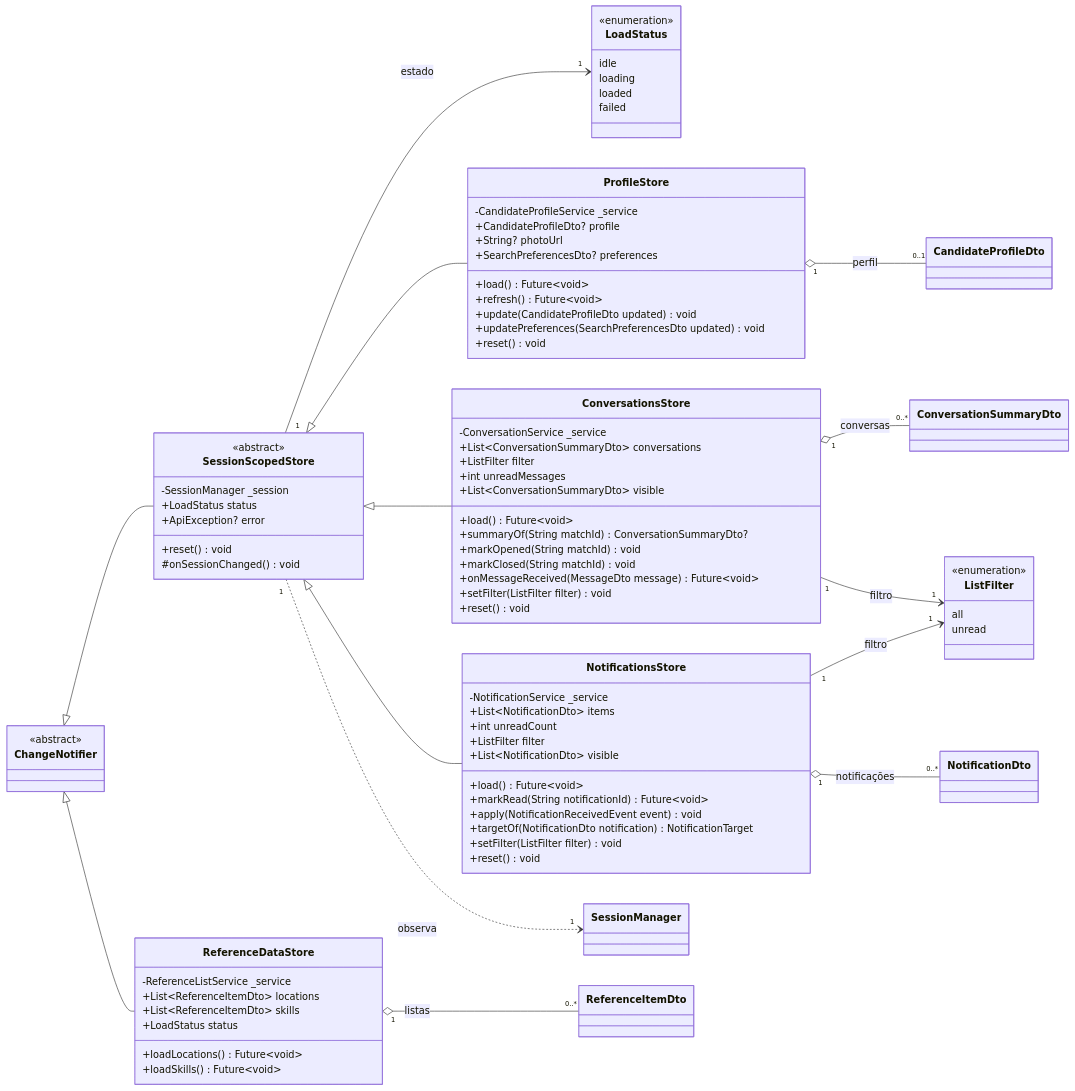
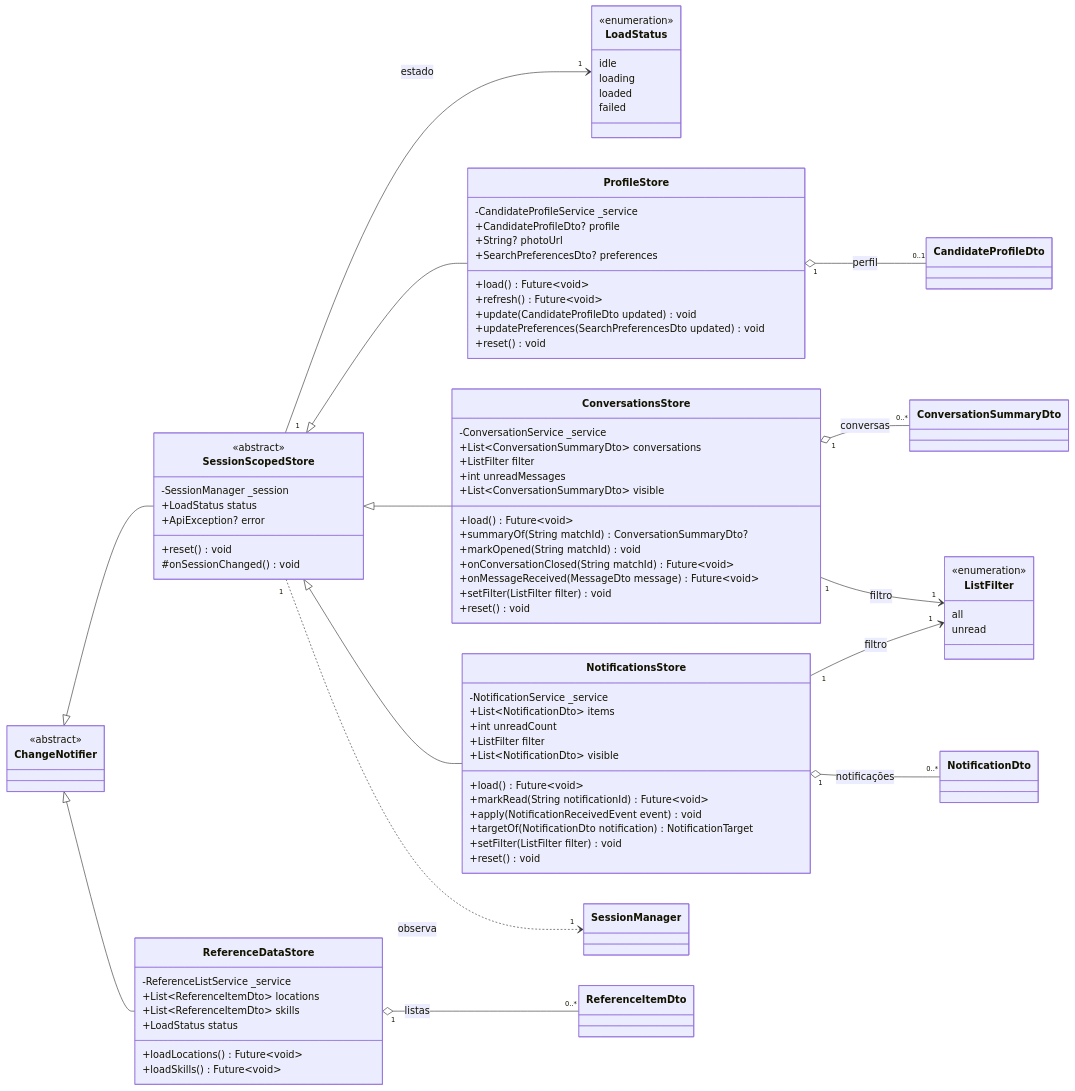
Diagram 12 of 22 in 04-artefactos-tecnicos/04.07-modelos-de-classes/m2-modelo-classes-frontend-mobile-v01.md (katch-lds/katch-docs), drawn with Mermaid before and after one commit. The commit also changed other lines of this file, not shown here.

```diff
--- a/04-artefactos-tecnicos/04.07-modelos-de-classes/m2-modelo-classes-frontend-mobile-v01.md
+++ b/04-artefactos-tecnicos/04.07-modelos-de-classes/m2-modelo-classes-frontend-mobile-v01.md
@@ -976,7 +993,7 @@
         +load() Future~void~
         +summaryOf(String matchId) ConversationSummaryDto?
         +markOpened(String matchId) void
-        +markClosed(String matchId) void
+        +onConversationClosed(String matchId) Future~void~
         +onMessageReceived(MessageDto message) Future~void~
         +setFilter(ListFilter filter) void
         +reset() void
```
